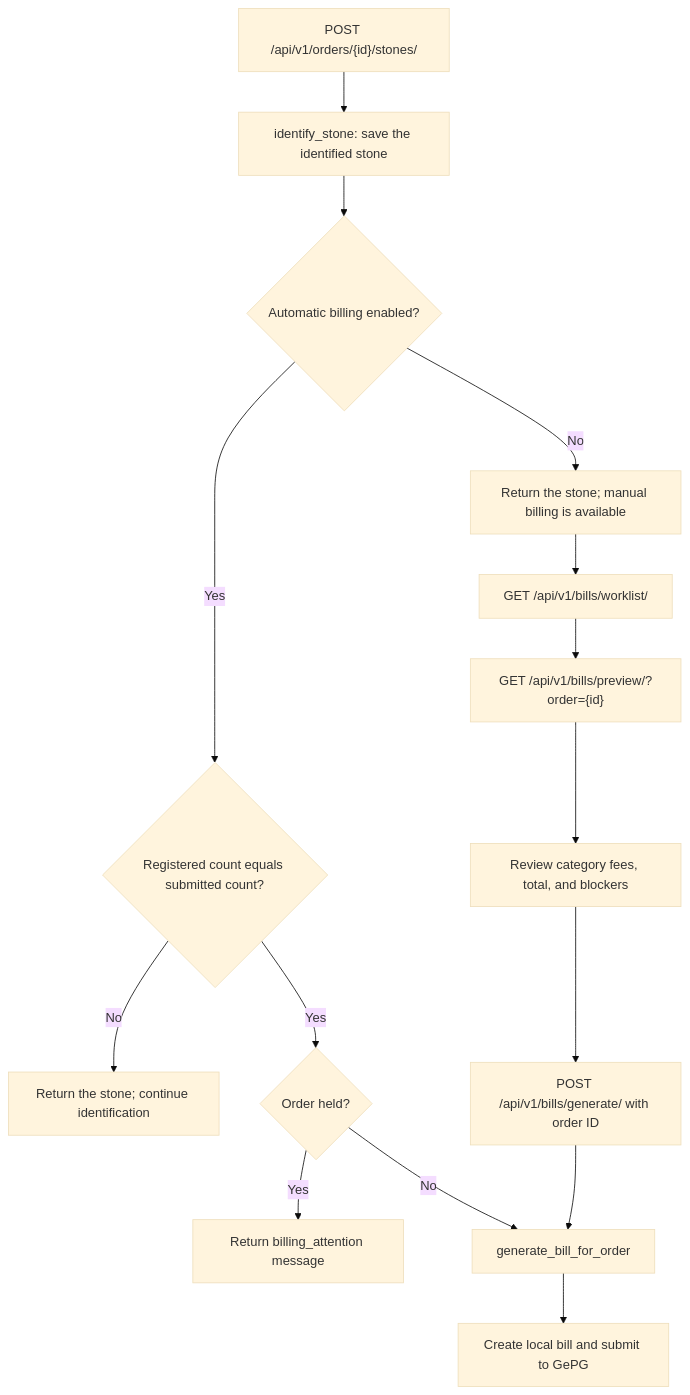
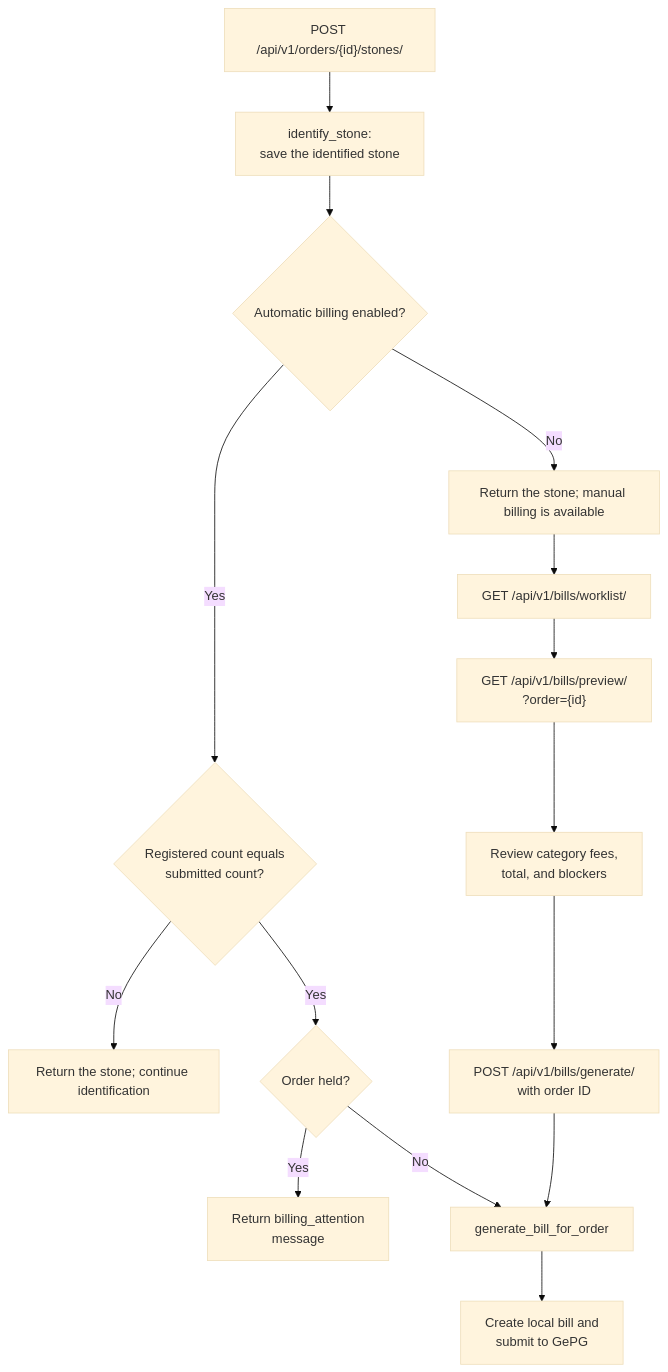
Before and after one commit to TGCTZ/TGC-SERVICE-BACKEND: the second of 10 diagrams in docs/gepg/03_GEPG_FLOW_DIAGRAMS.md, drawn with Mermaid (base theme). The commit also changed other lines of this file and 23 other files, not shown here.

````diff
--- a/docs/gepg/03_GEPG_FLOW_DIAGRAMS.md
+++ b/docs/gepg/03_GEPG_FLOW_DIAGRAMS.md
@@ -50,17 +50,17 @@
 ```mermaid
 flowchart TD
-    A["POST /api/v1/orders/{id}/stones/"] --> B["identify_stone: save the identified stone"]
+    A["POST /api/v1/orders/{id}/stones/"] --> B["identify_stone:<br/>save the identified stone"]
     B --> C{"Automatic billing enabled?"}
     C -->|No| D["Return the stone; manual billing is available"]
-    C -->|Yes| E{"Registered count equals submitted count?"}
+    C -->|Yes| E{"Registered count equals<br/>submitted count?"}
     E -->|No| F["Return the stone; continue identification"]
     E -->|Yes| G{"Order held?"}
-    G -->|Yes| H["Return billing_attention message"]
+    G -->|Yes| H["Return billing_attention<br/>message"]
     G -->|No| I["generate_bill_for_order"]
     D --> J["GET /api/v1/bills/worklist/"]
-    J --> K["GET /api/v1/bills/preview/?order={id}"]
-    K --> L["Review category fees, total, and blockers"]
-    L --> M["POST /api/v1/bills/generate/ with order ID"]
+    J --> K["GET /api/v1/bills/preview/<br/>?order={id}"]
+    K --> L["Review category fees,<br/>total, and blockers"]
+    L --> M["POST /api/v1/bills/generate/<br/>with order ID"]
     M --> I
-    I --> N["Create local bill and submit to GePG"]
+    I --> N["Create local bill and<br/>submit to GePG"]
 ```
````
